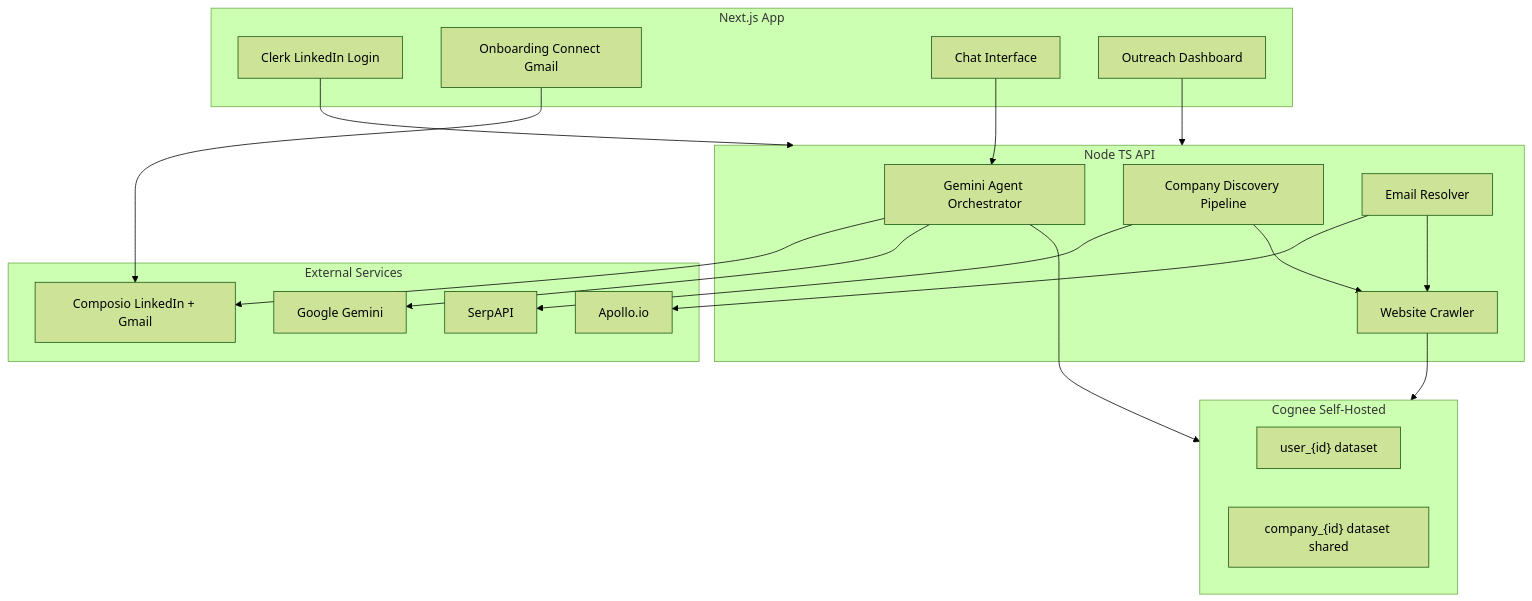
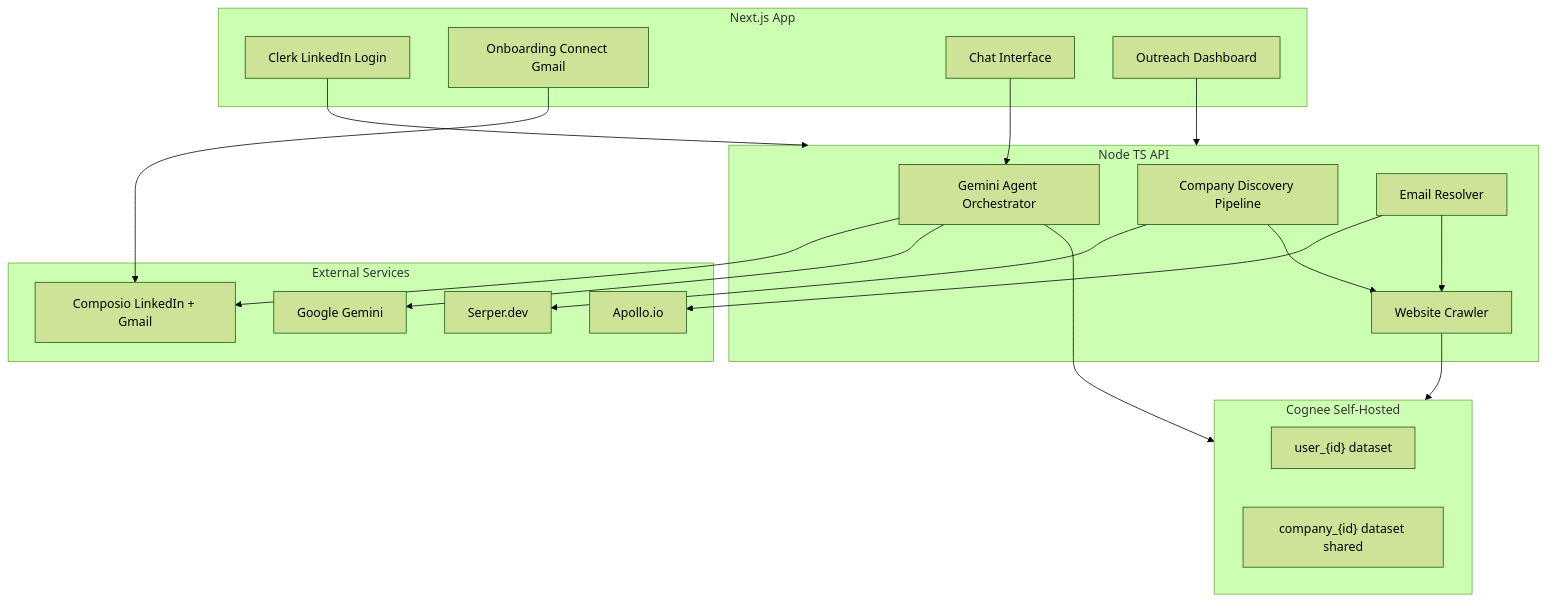
Before and after one commit to robu9/OutPitch: the first of 2 diagrams in docs/outpitch-platform-build.plan.md, drawn with Mermaid (forest theme). The commit also changed other lines of this file and 10 other files, not shown here.

Commit message:
Fix LinkedIn sync with OAuth posts, Serper.dev fallback, and token expiry handling.

````diff
--- a/docs/outpitch-platform-build.plan.md
+++ b/docs/outpitch-platform-build.plan.md
@@ -44,41 +44,41 @@
 ```mermaid
 flowchart TB
     subgraph frontend [Next.js App]
         Login[Clerk LinkedIn Login]
         Onboard[Onboarding Connect Gmail]
         Chat[Chat Interface]
         Dash[Outreach Dashboard]
     end
 
     subgraph api [Node TS API]
         Agent[Gemini Agent Orchestrator]
         Pipeline[Company Discovery Pipeline]
         Crawler[Website Crawler]
         EmailResolver[Email Resolver]
     end
 
     subgraph memory [Cognee Self-Hosted]
         UserDS["user_{id} dataset"]
         CompanyDS["company_{id} dataset shared"]
     end
 
     subgraph external [External Services]
         Composio[Composio LinkedIn + Gmail]
-        Serp[SerpAPI]
+        Serp[Serper.dev]
         Apollo[Apollo.io]
         Gemini[Google Gemini]
     end
 
     Login --> api
     Onboard --> Composio
     Chat --> Agent
     Agent --> memory
     Agent --> Composio
     Pipeline --> Serp
     Pipeline --> Crawler
     Crawler --> memory
     EmailResolver --> Apollo
     EmailResolver --> Crawler
     Agent --> Gemini
     Dash --> api
 ```
````
